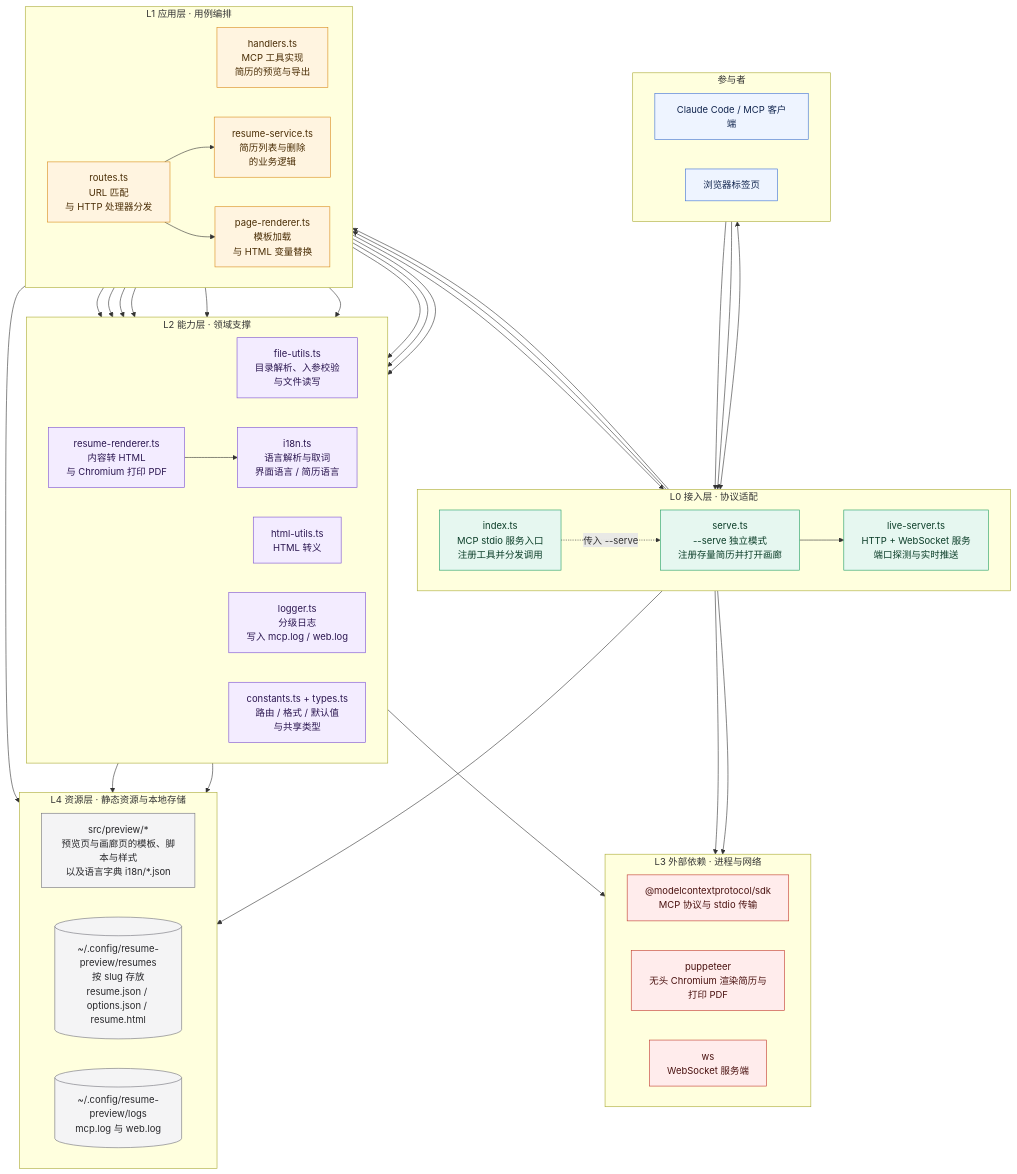
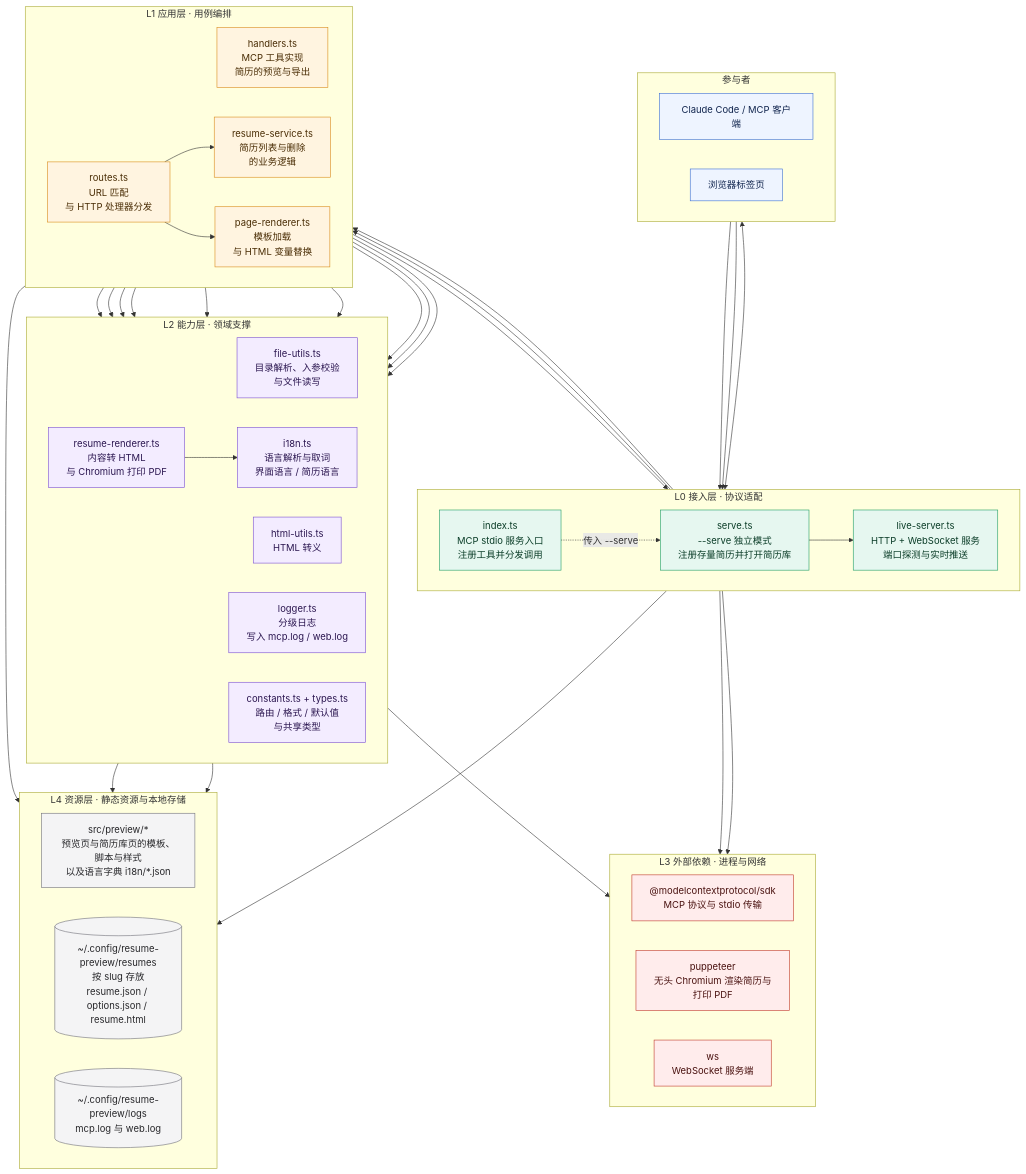
One commit to studyllm/resume-preview changed the diagram in docs/diagrams/architecture.mmd. Above: the diagram before and after it, drawn with Mermaid. The commit also changed 24 other files, not shown here.

```diff
--- a/docs/diagrams/architecture.mmd
+++ b/docs/diagrams/architecture.mmd
@@ -1,91 +1,91 @@
 flowchart TB
   subgraph ACTORS["参与者"]
     direction LR
     CLIENT["Claude Code / MCP 客户端"]
     BROWSER["浏览器标签页"]
   end
 
   subgraph L0["L0 接入层 · 协议适配"]
     direction LR
     IDX["index.ts<br/>MCP stdio 服务入口<br/>注册工具并分发调用"]
-    SERVE["serve.ts<br/>--serve 独立模式<br/>注册存量简历并打开画廊"]
+    SERVE["serve.ts<br/>--serve 独立模式<br/>注册存量简历并打开简历库"]
     LS["live-server.ts<br/>HTTP + WebSocket 服务<br/>端口探测与实时推送"]
   end
 
   subgraph L1["L1 应用层 · 用例编排"]
     direction LR
     HANDLERS["handlers.ts<br/>MCP 工具实现<br/>简历的预览与导出"]
     ROUTES["routes.ts<br/>URL 匹配<br/>与 HTTP 处理器分发"]
     RSVC["resume-service.ts<br/>简历列表与删除<br/>的业务逻辑"]
     PREND["page-renderer.ts<br/>模板加载<br/>与 HTML 变量替换"]
   end
 
   subgraph L2["L2 能力层 · 领域支撑"]
     direction LR
     FUTILS["file-utils.ts<br/>目录解析、入参校验<br/>与文件读写"]
     RREND["resume-renderer.ts<br/>内容转 HTML<br/>与 Chromium 打印 PDF"]
     I18N["i18n.ts<br/>语言解析与取词<br/>界面语言 / 简历语言"]
     HTMLU["html-utils.ts<br/>HTML 转义"]
     LOGR["logger.ts<br/>分级日志<br/>写入 mcp.log / web.log"]
     CONF["constants.ts + types.ts<br/>路由 / 格式 / 默认值<br/>与共享类型"]
   end
 
   subgraph L3["L3 外部依赖 · 进程与网络"]
     direction LR
     MCPSDK["@modelcontextprotocol/sdk<br/>MCP 协议与 stdio 传输"]
     PUPPET["puppeteer<br/>无头 Chromium 渲染简历与打印 PDF"]
     WSLIB["ws<br/>WebSocket 服务端"]
   end
 
   subgraph L4["L4 资源层 · 静态资源与本地存储"]
     direction LR
-    PREVIEW["src/preview/*<br/>预览页与画廊页的模板、脚本与样式<br/>以及语言字典 i18n/*.json"]
+    PREVIEW["src/preview/*<br/>预览页与简历库页的模板、脚本与样式<br/>以及语言字典 i18n/*.json"]
     RSTORE[("~/.config/resume-preview/resumes<br/>按 slug 存放<br/>resume.json / options.json / resume.html")]
     LOGS[("~/.config/resume-preview/logs<br/>mcp.log 与 web.log")]
   end
 
   CLIENT --> IDX
   CLIENT --> SERVE
   BROWSER <--> LS
 
   IDX --> HANDLERS
   IDX -. "传入 --serve" .-> SERVE
   SERVE --> LS
   LS --> ROUTES
   HANDLERS --> LS
 
   HANDLERS --> FUTILS
   HANDLERS --> RREND
   HANDLERS --> LOGR
   HANDLERS --> CONF
   ROUTES --> RSVC
   ROUTES --> PREND
   ROUTES --> FUTILS
   ROUTES --> CONF
   ROUTES --> I18N
   RSVC --> FUTILS
   PREND --> I18N
   RREND --> I18N
 
   IDX --> MCPSDK
   RREND --> PUPPET
   LS --> WSLIB
 
   PREND --> PREVIEW
   LS --> PREVIEW
   FUTILS --> RSTORE
   LOGR --> LOGS
 
   classDef actor fill:#eef4ff,stroke:#3b6fd4,color:#12264f
   classDef l0 fill:#e6f7f0,stroke:#1f9d63,color:#0b3d28
   classDef l1 fill:#fff4e0,stroke:#d98b1a,color:#4a2d05
   classDef l2 fill:#f3ecff,stroke:#7a4fd1,color:#2b1650
   classDef l3 fill:#ffecec,stroke:#c0392b,color:#4a1210
   classDef l4 fill:#f4f4f5,stroke:#71717a,color:#27272a
 
   class CLIENT,BROWSER actor
   class IDX,SERVE,LS l0
   class HANDLERS,ROUTES,RSVC,PREND l1
   class FUTILS,RREND,I18N,HTMLU,LOGR,CONF l2
   class MCPSDK,PUPPET,WSLIB l3
   class PREVIEW,RSTORE,LOGS l4
```
